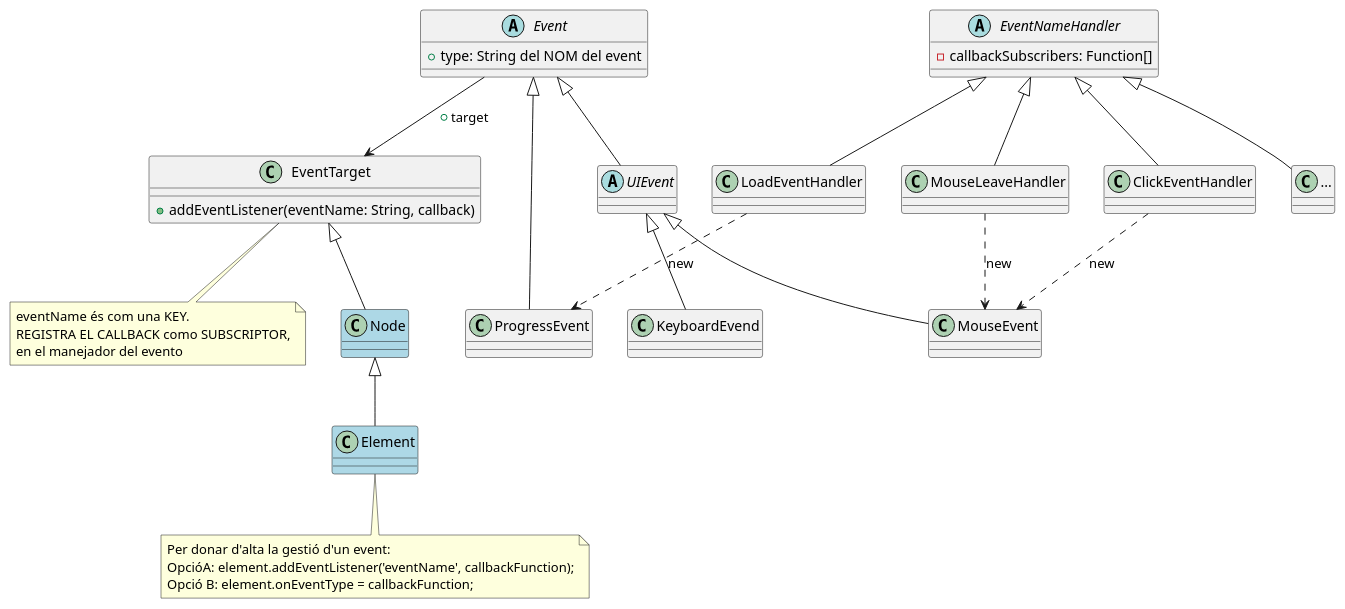
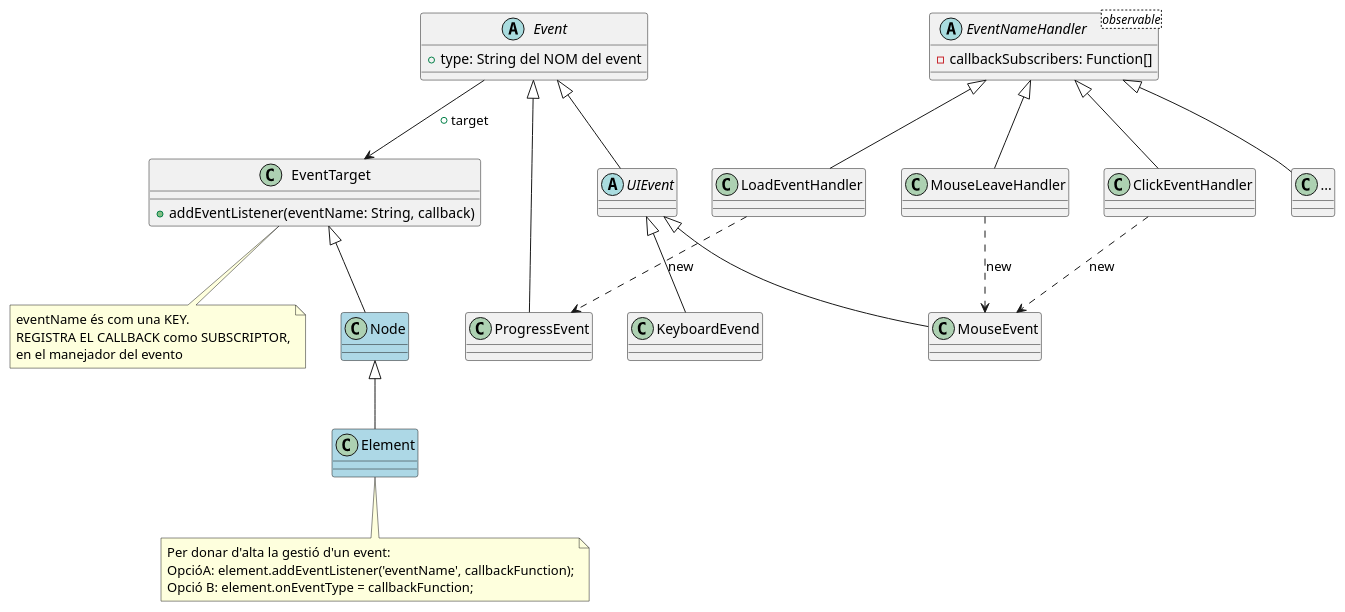
The diagram in docs/dhtml/EV.plantuml (PabloMartinFluvia/tech-dhtml), drawn with PlantUML before and after one commit. The commit also changed 36 other files, not shown here.

```diff
--- a/docs/dhtml/EV.plantuml
+++ b/docs/dhtml/EV.plantuml
@@ -1,62 +1,62 @@
 @startuml events
 
 abstract Event {
     + type: String del NOM del event
 }
 Event --> EventTarget : + target
 
 abstract UIEvent
 Event <|-- UIEvent
 
 class MouseEvent
 UIEvent <|-- MouseEvent
 
 class KeyboardEvend
 UIEvent <|-- KeyboardEvend
 
 class ProgressEvent
 Event <|-- ProgressEvent
 
 
 class EventTarget {
     + addEventListener(eventName: String, callback)
 }
 note bottom
 eventName és com una KEY.
 REGISTRA EL CALLBACK como SUBSCRIPTOR,
 en el manejador del evento
 end note
 
-abstract EventNameHandler {
+abstract EventNameHandler <observable>{
     - callbackSubscribers: Function[]
 }
 
 class ClickEventHandler
 ClickEventHandler ..> MouseEvent : new
 EventNameHandler <|-- ClickEventHandler
 
 class MouseLeaveHandler
 MouseLeaveHandler ..> MouseEvent : new
 EventNameHandler <|-- MouseLeaveHandler
 
 class LoadEventHandler
 LoadEventHandler ..> ProgressEvent : new
 EventNameHandler <|-- LoadEventHandler
 
 class X as "..." 
 EventNameHandler <|-- X
 
 
 
 
 class Element #LightBlue
 note bottom 
 Per donar d'alta la gestió d'un event:
 OpcióA: element.addEventListener('eventName', callbackFunction);
 Opció B: element.onEventType = callbackFunction;
 end note
 Node <|--Element
 
 class Node #LightBlue
 EventTarget <|-- Node
 @enduml
```
